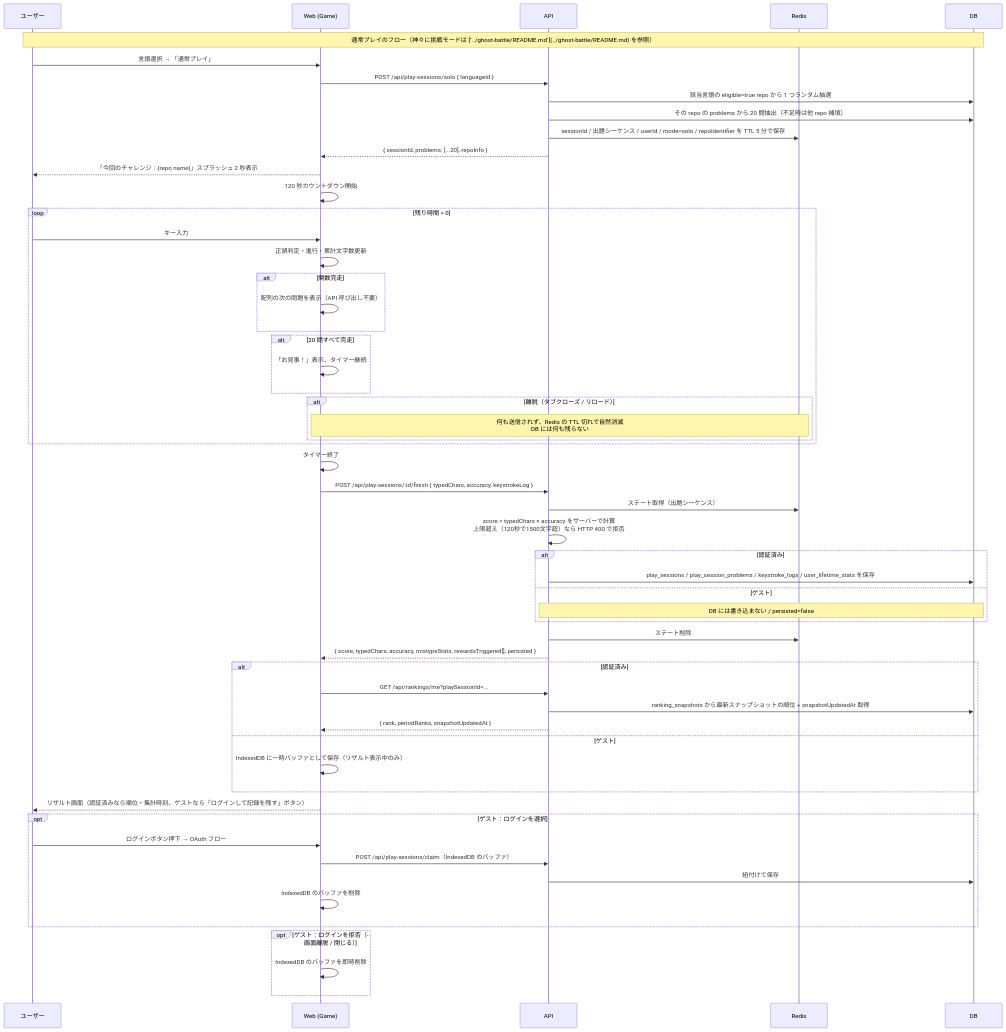
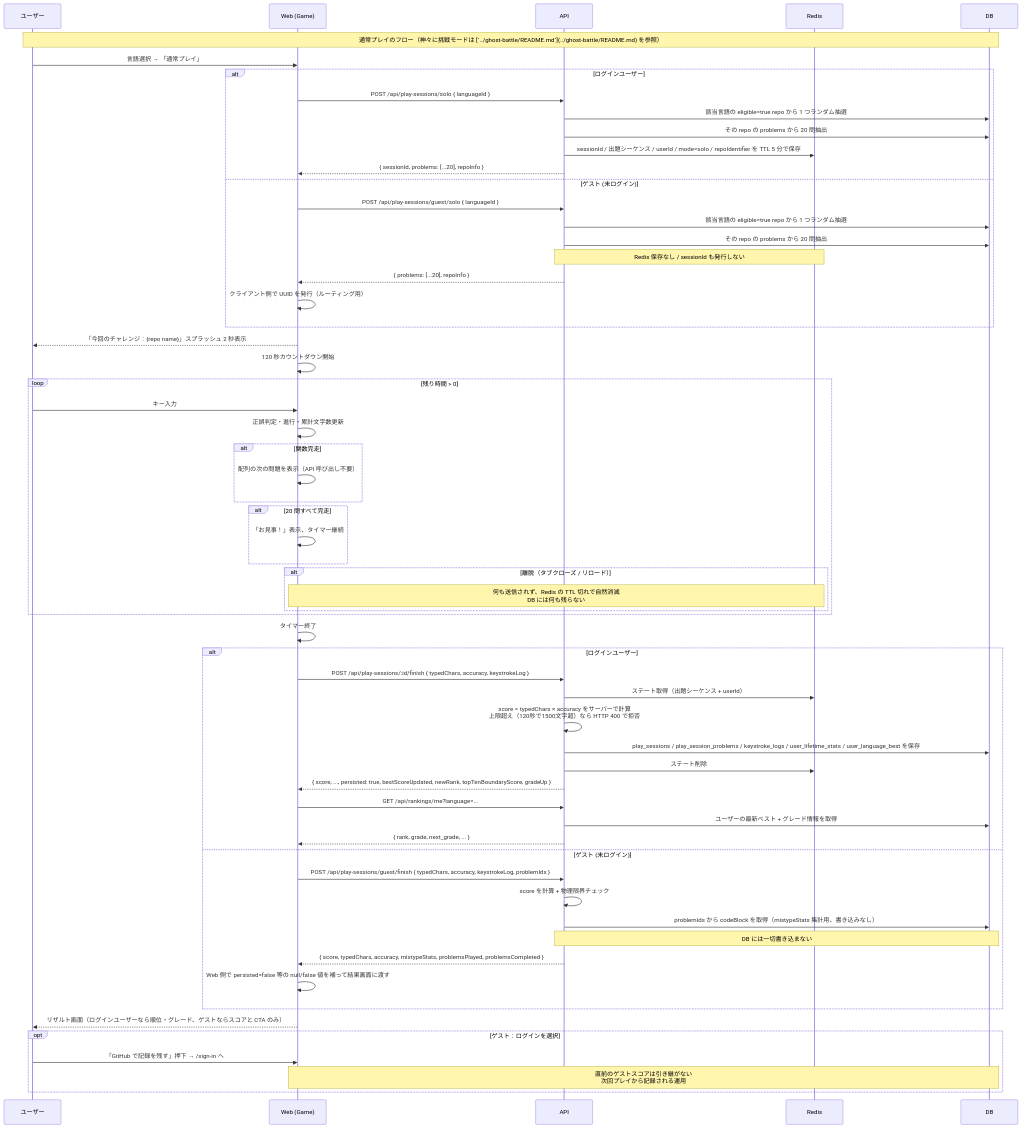
One commit to kentakki416/typing-royale changed the diagram in docs/spec/typing-engine/README.md. Above: the diagram before and after it, drawn with Mermaid. The commit also changed other lines of this file and 28 other files, not shown here.

First line of the commit message:
feat(guest-play): ログインなしでプレイ可能に (#57)

````diff
--- a/docs/spec/typing-engine/README.md
+++ b/docs/spec/typing-engine/README.md
@@ -272,67 +296,71 @@
 ```mermaid
 sequenceDiagram
     participant U as ユーザー
     participant W as Web (Game)
     participant API as API
     participant Redis as Redis
     participant DB as DB
 
     Note over U,DB: 通常プレイのフロー（神々に挑戦モードは [`../ghost-battle/README.md`](../ghost-battle/README.md) を参照）
 
     U->>W: 言語選択 → 「通常プレイ」
-    W->>API: POST /api/play-sessions/solo { languageId }
-    API->>DB: 該当言語の eligible=true repo から 1 つランダム抽選
-    API->>DB: その repo の problems から 20 問抽出（不足時は他 repo 補填）
-    API->>Redis: sessionId / 出題シーケンス / userId / mode=solo / repoIdentifier を TTL 5 分で保存
-    API-->>W: { sessionId, problems: [...20], repoInfo }
+    alt ログインユーザー
+        W->>API: POST /api/play-sessions/solo { languageId }
+        API->>DB: 該当言語の eligible=true repo から 1 つランダム抽選
+        API->>DB: その repo の problems から 20 問抽出
+        API->>Redis: sessionId / 出題シーケンス / userId / mode=solo / repoIdentifier を TTL 5 分で保存
+        API-->>W: { sessionId, problems: [...20], repoInfo }
+    else ゲスト (未ログイン)
+        W->>API: POST /api/play-sessions/guest/solo { languageId }
+        API->>DB: 該当言語の eligible=true repo から 1 つランダム抽選
+        API->>DB: その repo の problems から 20 問抽出
+        Note over API,Redis: Redis 保存なし / sessionId も発行しない
+        API-->>W: { problems: [...20], repoInfo }
+        W->>W: クライアント側で UUID を発行（ルーティング用）
+    end
     W-->>U: 「今回のチャレンジ：{repo name}」スプラッシュ 2 秒表示
     W->>W: 120 秒カウントダウン開始
 
     loop 残り時間 > 0
         U->>W: キー入力
         W->>W: 正誤判定・進行・累計文字数更新
 
         alt 関数完走
             W->>W: 配列の次の問題を表示（API 呼び出し不要）
         end
 
         alt 20 問すべて完走
             W->>W: 「お見事！」表示、タイマー継続
         end
 
         alt 離脱（タブクローズ / リロード）
             Note over W,Redis: 何も送信されず、Redis の TTL 切れで自然消滅<br/>DB には何も残らない
         end
     end
 
     W->>W: タイマー終了
-    W->>API: POST /api/play-sessions/:id/finish { typedChars, accuracy, keystrokeLog }
-    API->>Redis: ステート取得（出題シーケンス）
-    API->>API: score = typedChars × accuracy をサーバーで計算<br/>上限超え（120秒で1500文字超）なら HTTP 400 で拒否
-    alt 認証済み
-        API->>DB: play_sessions / play_session_problems / keystroke_logs / user_lifetime_stats を保存
-    else ゲスト
-        Note over API,DB: DB には書き込まない / persisted=false
+    alt ログインユーザー
+        W->>API: POST /api/play-sessions/:id/finish { typedChars, accuracy, keystrokeLog }
+        API->>Redis: ステート取得（出題シーケンス + userId）
+        API->>API: score = typedChars × accuracy をサーバーで計算<br/>上限超え（120秒で1500文字超）なら HTTP 400 で拒否
+        API->>DB: play_sessions / play_session_problems / keystroke_logs / user_lifetime_stats / user_language_best を保存
+        API->>Redis: ステート削除
+        API-->>W: { score, ..., persisted: true, bestScoreUpdated, newRank, topTenBoundaryScore, gradeUp }
+        W->>API: GET /api/rankings/me?language=...
+        API->>DB: ユーザーの最新ベスト + グレード情報を取得
+        API-->>W: { rank, grade, next_grade, ... }
+    else ゲスト (未ログイン)
+        W->>API: POST /api/play-sessions/guest/finish { typedChars, accuracy, keystrokeLog, problemIds }
+        API->>API: score を計算 + 物理限界チェック
+        API->>DB: problemIds から codeBlock を取得（mistypeStats 集計用、書き込みなし）
+        Note over API,DB: DB には一切書き込まない
+        API-->>W: { score, typedChars, accuracy, mistypeStats, problemsPlayed, problemsCompleted }
+        W->>W: Web 側で persisted=false 等の null/false 値を補って結果画面に渡す
     end
-    API->>Redis: ステート削除
-    API-->>W: { score, typedChars, accuracy, mistypeStats, rewardsTriggered[], persisted }
-    alt 認証済み
-        W->>API: GET /api/rankings/me?playSessionId=...
-        API->>DB: ranking_snapshots から最新スナップショットの順位 + snapshotUpdatedAt 取得
-        API-->>W: { rank, periodRanks, snapshotUpdatedAt }
-    else ゲスト
-        W->>W: IndexedDB に一時バッファとして保存（リザルト表示中のみ）
-    end
-    W-->>U: リザルト画面（認証済みなら順位・集計時刻、ゲストなら「ログインして記録を残す」ボタン）
+    W-->>U: リザルト画面（ログインユーザーなら順位・グレード、ゲストならスコアと CTA のみ）
 
     opt ゲスト：ログインを選択
-        U->>W: ログインボタン押下 → OAuth フロー
-        W->>API: POST /api/play-sessions/claim（IndexedDB のバッファ）
-        API->>DB: 紐付けて保存
-        W->>W: IndexedDB のバッファを削除
-    end
-
-    opt ゲスト：ログインを拒否（画面離脱 / 閉じる）
-        W->>W: IndexedDB のバッファを即時削除
+        U->>W: 「GitHub で記録を残す」押下 → /sign-in へ
+        Note over W,DB: 直前のゲストスコアは引き継がない<br/>次回プレイから記録される運用
     end
 ```
````
